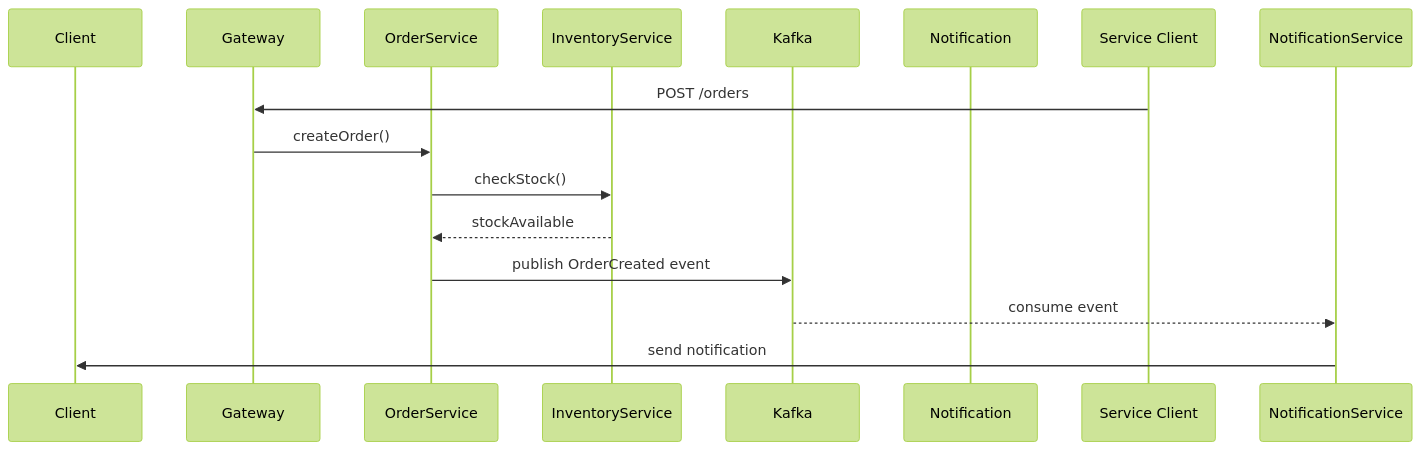
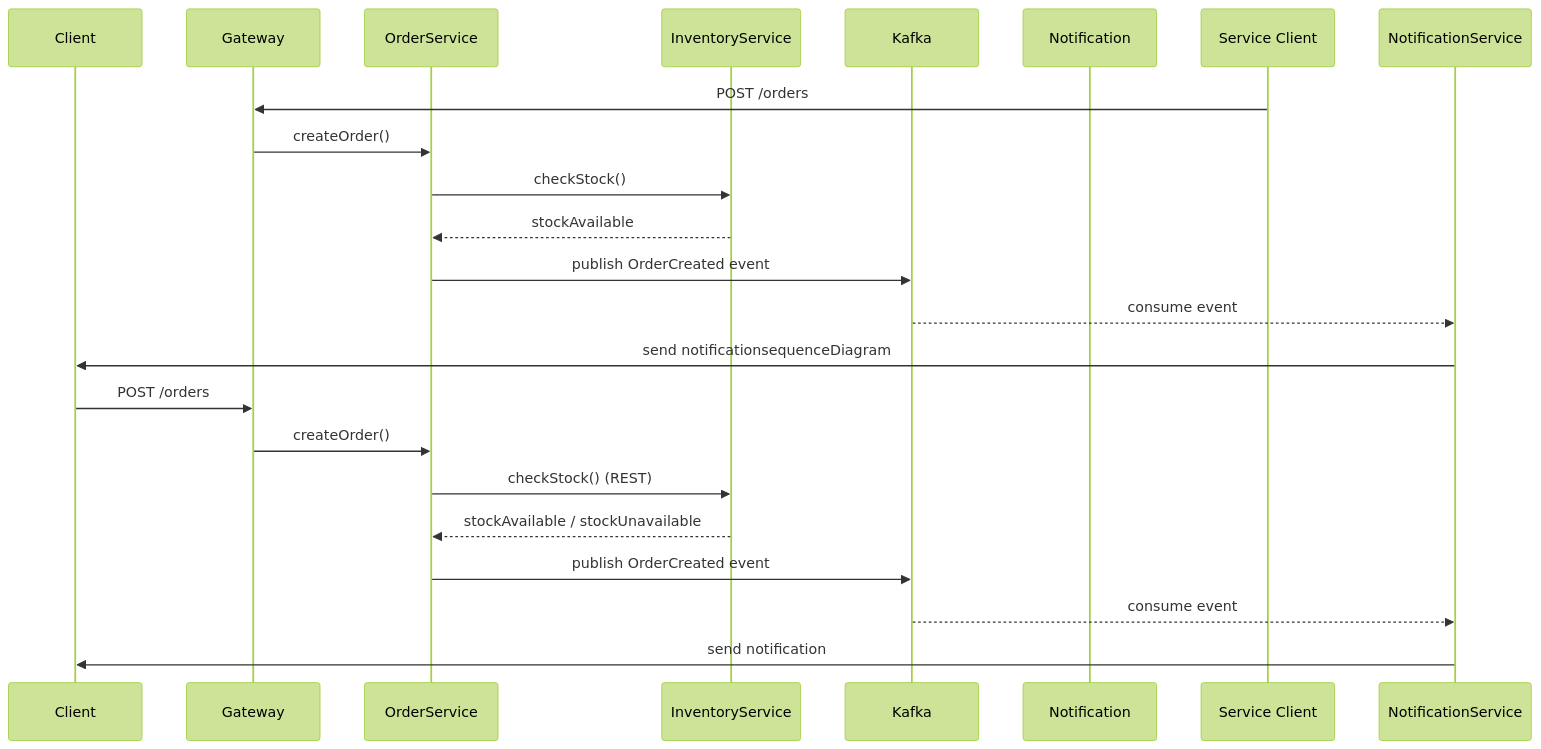
The second of 3 diagrams in README.md (Andrij72/MicroServiceGrid), drawn with Mermaid (forest theme) before and after one commit. The commit also changed other lines of this file and 1 other file, not shown here.

Commit message:
docs: add complete project documentation and architecture diagrams

````diff
--- a/README.md
+++ b/README.md
@@ -125,18 +150,32 @@
 ```mermaid
 sequenceDiagram
  
 participant Client
 participant Gateway
 participant OrderService
 participant InventoryService
 participant Kafka
 participant Notification
       
 Service Client->>Gateway: POST /orders
 Gateway->>OrderService: createOrder() 
 OrderService->>InventoryService: checkStock()
 InventoryService-->>OrderService: stockAvailable
 OrderService->>Kafka: publish OrderCreated event
 Kafka-->>NotificationService: consume event
+NotificationService->>Client: send notificationsequenceDiagram
+participant Client
+participant Gateway
+participant OrderService
+participant InventoryService
+participant Kafka
+participant NotificationService
+
+Client->>Gateway: POST /orders
+Gateway->>OrderService: createOrder()
+OrderService->>InventoryService: checkStock() (REST)
+InventoryService-->>OrderService: stockAvailable / stockUnavailable
+OrderService->>Kafka: publish OrderCreated event
+Kafka-->>NotificationService: consume event
 NotificationService->>Client: send notification
 ```
````
